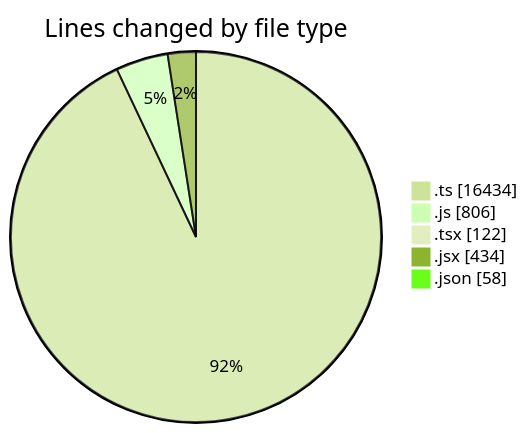
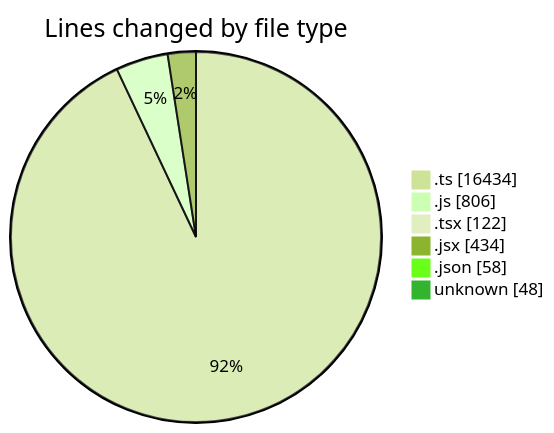
One commit to momahboobian/code-tracking changed the first of 2 diagrams in 2025-11-12/cda/README.md. Above: the diagram before and after it, drawn with Mermaid (forest theme). The commit also changed other lines of this file and 1 other file, not shown here.

````diff
--- a/2025-11-12/cda/README.md
+++ b/2025-11-12/cda/README.md
@@ -34,9 +35,10 @@
 ```mermaid
 pie showData
 title Lines changed by file type
 ".ts" : 16434
 ".js" : 806
 ".tsx" : 122
 ".jsx" : 434
 ".json" : 58
+"unknown" : 48
 ```
````
